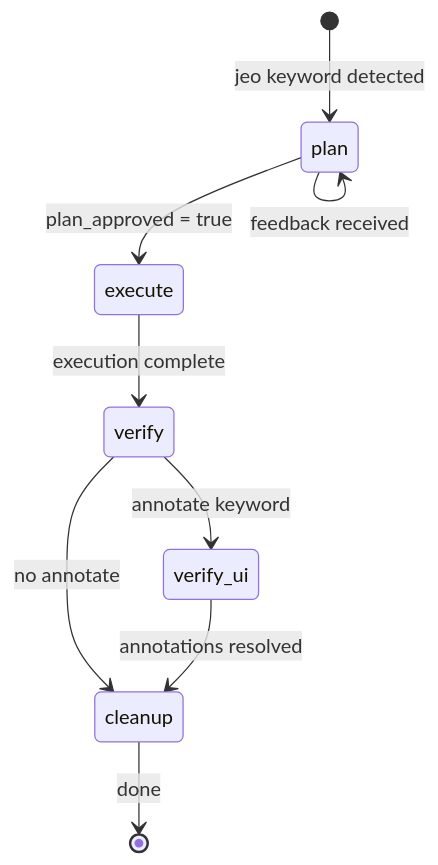
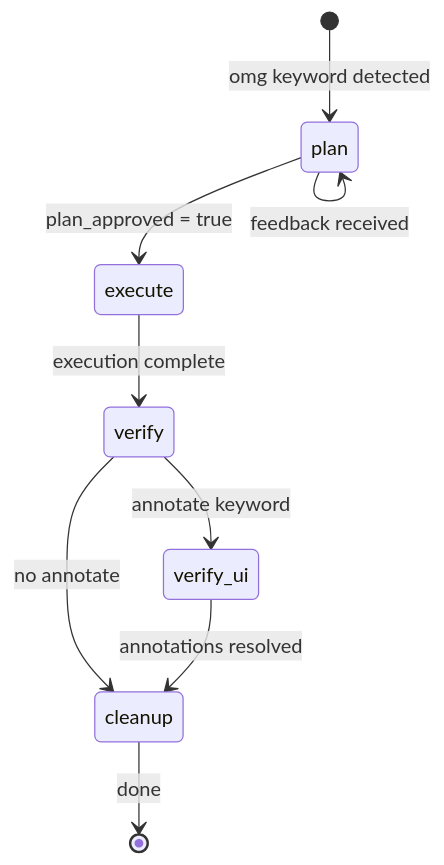
Before and after one commit to JEO-tech-ai/oh-my-gods: the second of 3 diagrams in README.md, drawn with Mermaid. The commit also changed other lines of this file and 34 other files, not shown here.

First line of the commit message:
rename skill jeo → omg across entire project

````diff
--- a/README.md
+++ b/README.md
@@ -138,11 +138,11 @@
 ```mermaid
 stateDiagram-v2
-    [*] --> plan : jeo keyword detected
+    [*] --> plan : omg keyword detected
     plan --> execute : plan_approved = true
     plan --> plan : feedback received
     execute --> verify : execution complete
     verify --> verify_ui : annotate keyword
     verify --> cleanup : no annotate
     verify_ui --> cleanup : annotations resolved
     cleanup --> [*] : done
 ```
````
